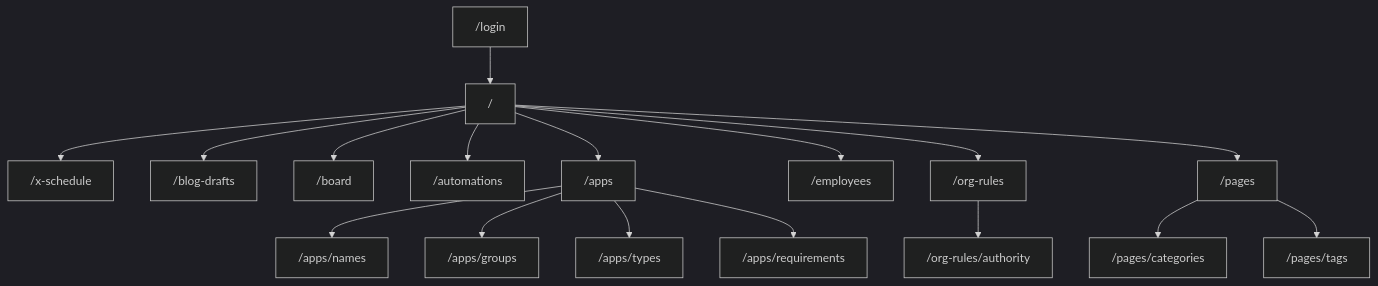
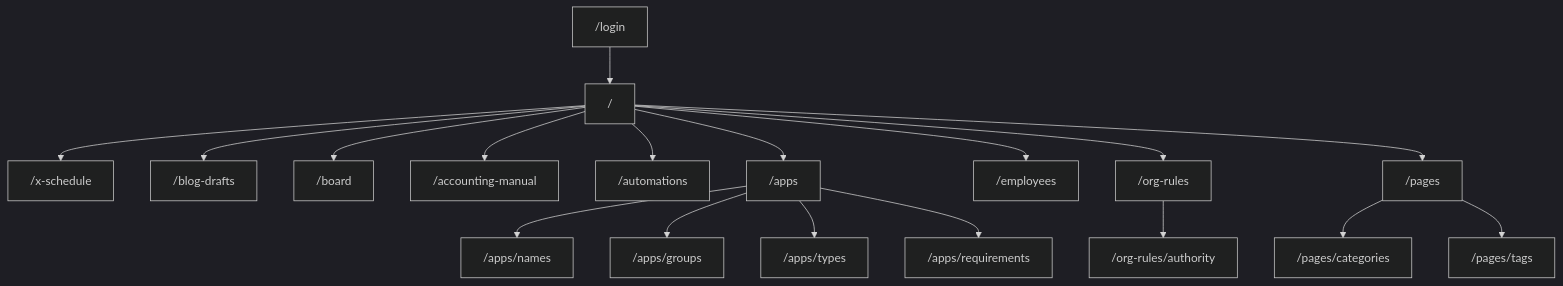
Before and after one commit to ssstakahashi/ai-org: the diagram in docs/interfaces.md, drawn with Mermaid (dark theme). The commit also changed other lines of this file and 7 other files, not shown here.

````diff
--- a/docs/interfaces.md
+++ b/docs/interfaces.md
@@ -11,19 +11,20 @@
 ```mermaid
 flowchart TD
   Login["/login"] --> Home["/"]
   Home --> XSchedule["/x-schedule"]
   Home --> BlogDrafts["/blog-drafts"]
   Home --> Board["/board"]
+  Home --> AccountingManual["/accounting-manual"]
   Home --> Automations["/automations"]
   Home --> Apps["/apps"]
   Home --> Employees["/employees"]
   Home --> OrgRules["/org-rules"]
   Home --> Pages["/pages"]
   Apps --> AppNames["/apps/names"]
   Apps --> AppGroups["/apps/groups"]
   Apps --> AppTypes["/apps/types"]
   Apps --> AppReqs["/apps/requirements"]
   OrgRules --> Authority["/org-rules/authority"]
   Pages --> PageCats["/pages/categories"]
   Pages --> PageTags["/pages/tags"]
 ```
````
